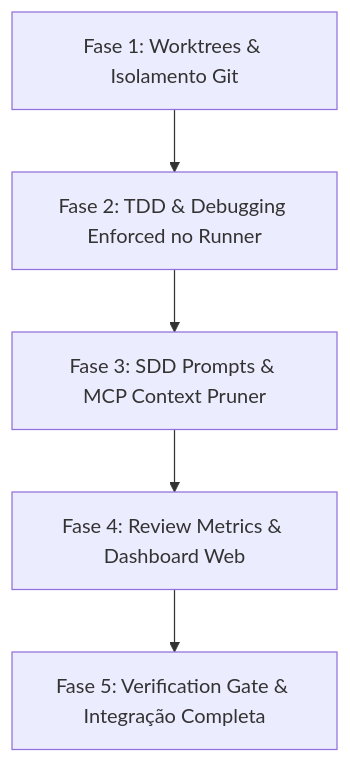
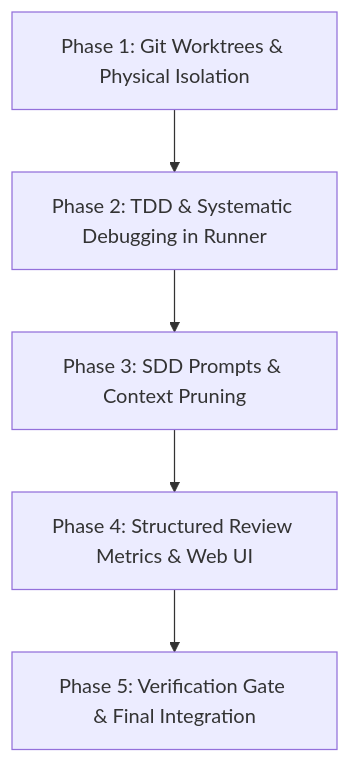
One commit to bruno33223/agent-cockpit changed the diagram in docs/SUPERPOWERS_INTEGRATION_PLAN.md. Above: the diagram before and after it, drawn with Mermaid. The commit also changed other lines of this file and 12 other files, not shown here.

````diff
--- a/docs/SUPERPOWERS_INTEGRATION_PLAN.md
+++ b/docs/SUPERPOWERS_INTEGRATION_PLAN.md
@@ -133,7 +128,7 @@
 ```mermaid
 graph TD
-    A[Fase 1: Worktrees & Isolamento Git] --> B[Fase 2: TDD & Debugging Enforced no Runner]
-    B --> C[Fase 3: SDD Prompts & MCP Context Pruner]
-    C --> D[Fase 4: Review Metrics & Dashboard Web]
-    D --> E[Fase 5: Verification Gate & Integração Completa]
+    A[Phase 1: Git Worktrees & Physical Isolation] --> B[Phase 2: TDD & Systematic Debugging in Runner]
+    B --> C[Phase 3: SDD Prompts & Context Pruning]
+    C --> D[Phase 4: Structured Review Metrics & Web UI]
+    D --> E[Phase 5: Verification Gate & Final Integration]
 ```
````
